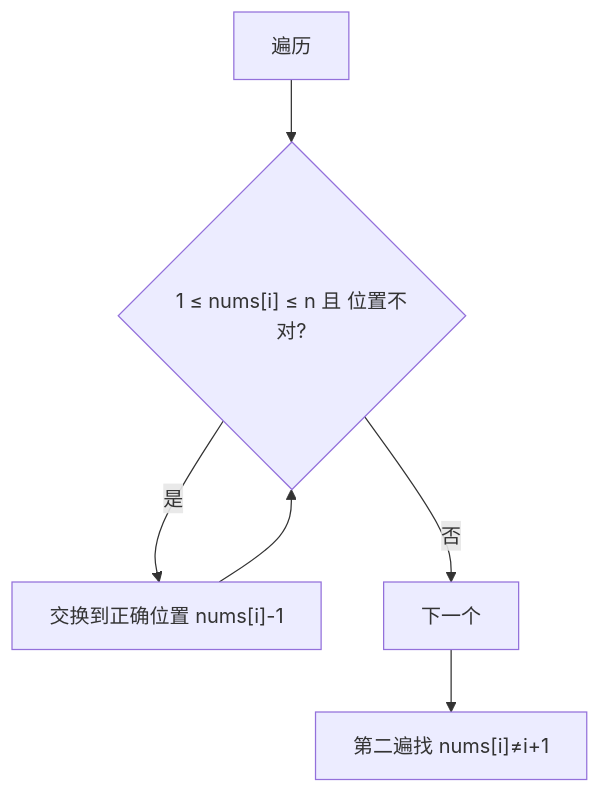
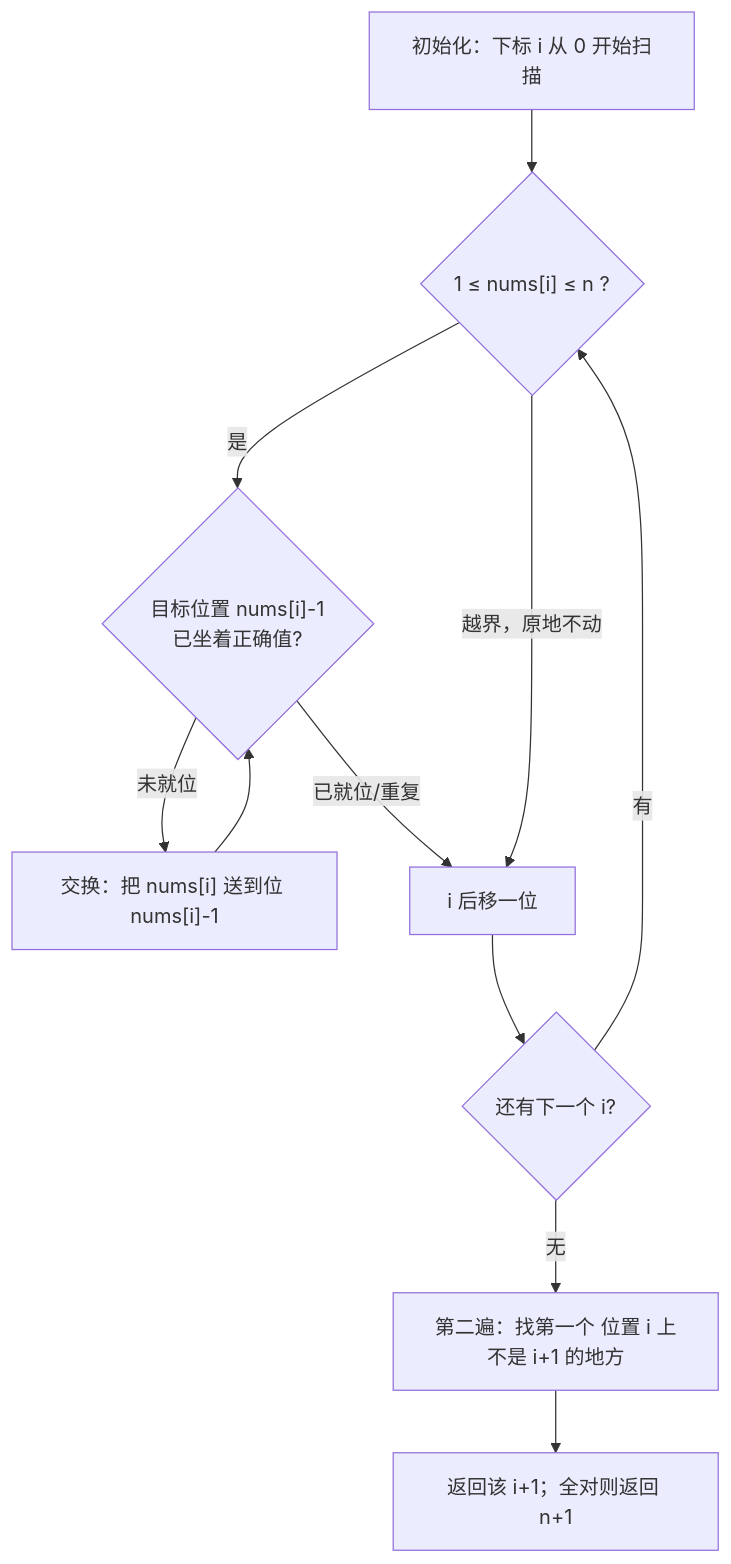
One commit to OctalZero/hot100-py changed the first of 2 diagrams in 05-普通数组/0041-缺失的第一个正数.md. Above: the diagram before and after it, drawn with Mermaid. The commit also changed other lines of this file and 117 other files, not shown here.

First line of the commit message:
feat: 全题解配图升级为「动画式 mermaid」（总览骨架 + 横向时间线逐步推演）

````diff
--- a/05-普通数组/0041-缺失的第一个正数.md
+++ b/05-普通数组/0041-缺失的第一个正数.md
@@ -5,8 +5,13 @@
 ```mermaid
 flowchart TD
-    A["遍历"] --> B{"1 ≤ nums[i] ≤ n 且 位置不对?"}
-    B -- "是" --> C["交换到正确位置 nums[i]-1"]
-    C --> B
-    B -- "否" --> D["下一个"]
-    D --> E["第二遍找 nums[i]≠i+1"]
+    A["初始化：下标 i 从 0 开始扫描"] --> B{"1 ≤ nums[i] ≤ n ?"}
+    B -->|"是"| C{"目标位置 nums[i]-1<br/>已坐着正确值?"}
+    C -->|"未就位"| D["交换：把 nums[i] 送到位 nums[i]-1"]
+    D --> C
+    C -->|"已就位/重复"| E["i 后移一位"]
+    B -->|"越界，原地不动"| E
+    E --> F{"还有下一个 i?"}
+    F -->|"有"| B
+    F -->|"无"| G["第二遍：找第一个 位置 i 上不是 i+1 的地方"]
+    G --> H["返回该 i+1；全对则返回 n+1"]
 ```
````
